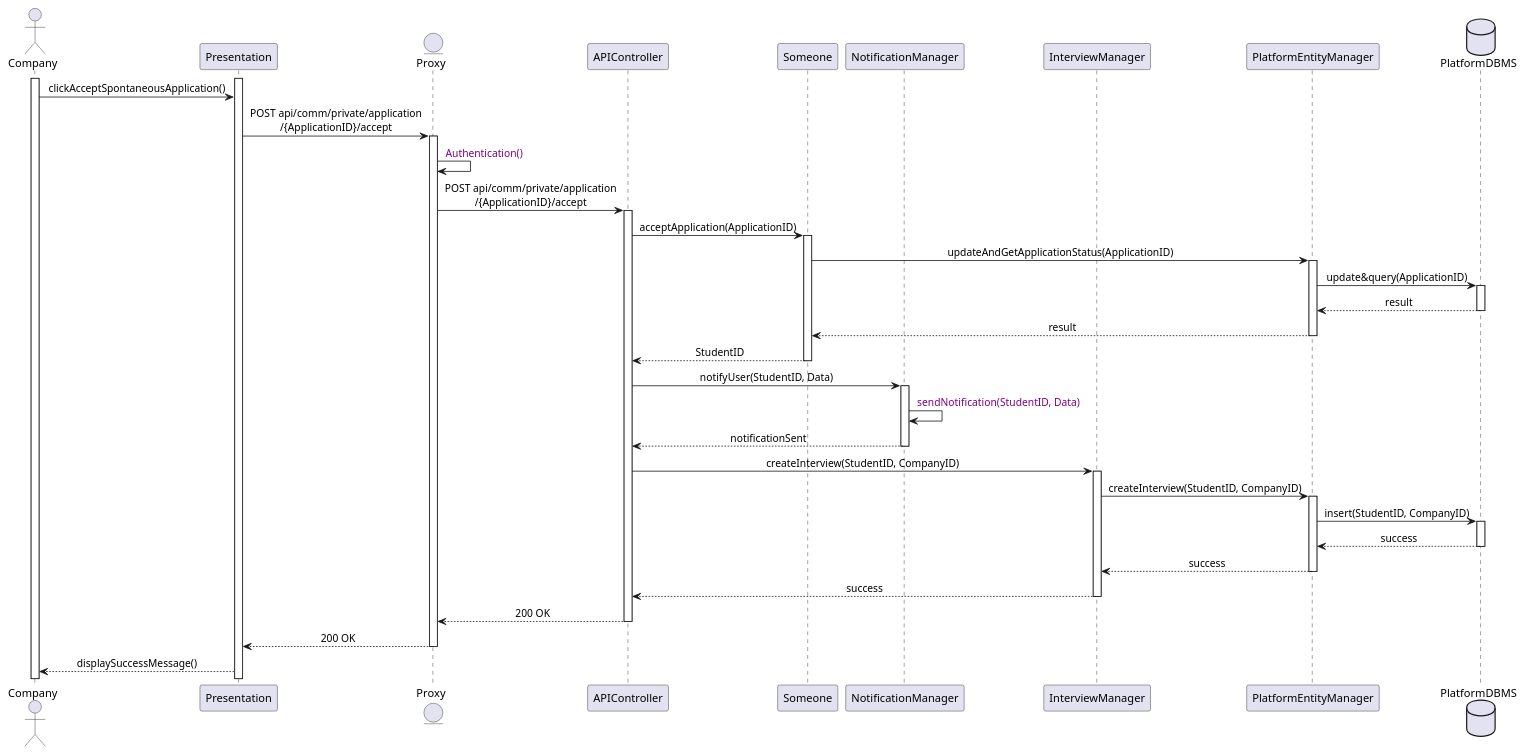
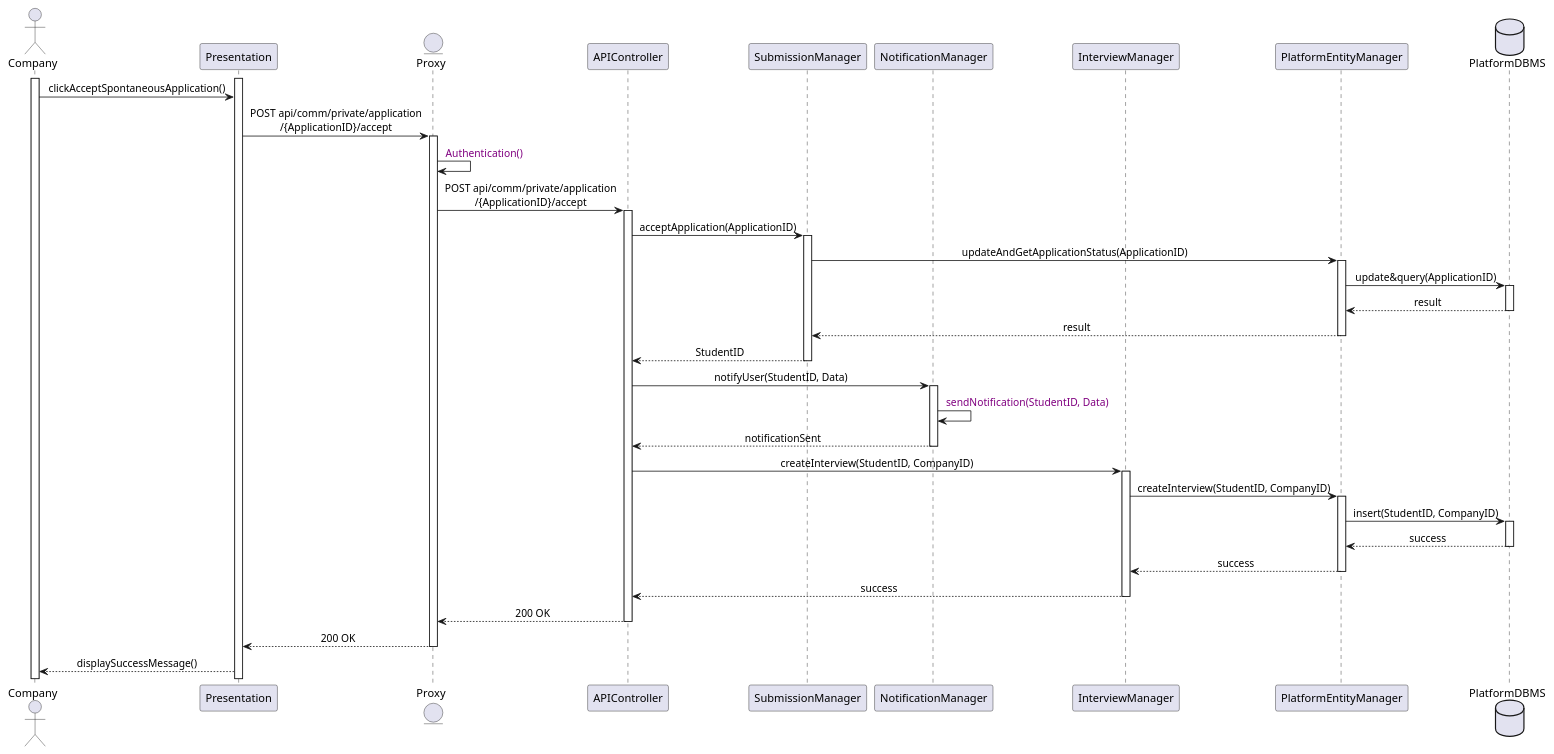
One commit to Slaitroc/RicciPaoliGrisoni changed the diagram in Diagrams/SequenceDiagrams/DD/8CompanyAcceptsSpontaneousApplication.wsd. Above: the diagram before and after it, drawn with PlantUML. The commit also changed 7 other files, not shown here.

Commit message:
Minor DD Sequences Fixes

```diff
--- a/Diagrams/SequenceDiagrams/DD/8CompanyAcceptsSpontaneousApplication.wsd
+++ b/Diagrams/SequenceDiagrams/DD/8CompanyAcceptsSpontaneousApplication.wsd
@@ -1,41 +1,41 @@
 @startuml Company Accepts Spontaneous Application
 skinparam sequenceMessageAlign center
 
 actor       Company
 participant Presentation
 entity      Proxy
 participant APIController
-participant Someone
+participant SubmissionManager
 participant NotificationManager
 participant InterviewManager
 participant PlatformEntityManager
 database    PlatformDBMS
 
 activate Company
 activate Presentation
 Company -> Presentation : clickAcceptSpontaneousApplication()
 Presentation -> Proxy ++ : POST api/comm/private/application\n/{ApplicationID}/accept
 Proxy -> Proxy : <color:purple> Authentication()
 Proxy -> APIController ++ : POST api/comm/private/application\n/{ApplicationID}/accept
-APIController -> Someone ++ : acceptApplication(ApplicationID)
-Someone -> PlatformEntityManager ++ : updateAndGetApplicationStatus(ApplicationID)
+APIController -> SubmissionManager ++ : acceptApplication(ApplicationID)
+SubmissionManager -> PlatformEntityManager ++ : updateAndGetApplicationStatus(ApplicationID)
 PlatformEntityManager -> PlatformDBMS ++ : update&query(ApplicationID)
 PlatformDBMS --> PlatformEntityManager -- : result
-PlatformEntityManager --> Someone -- : result
-Someone --> APIController -- : StudentID
+PlatformEntityManager --> SubmissionManager -- : result
+SubmissionManager --> APIController -- : StudentID
 
 APIController -> NotificationManager ++ : notifyUser(StudentID, Data)
 NotificationManager -> NotificationManager : <color:purple> sendNotification(StudentID, Data)
 NotificationManager --> APIController -- : notificationSent
 APIController -> InterviewManager ++ : createInterview(StudentID, CompanyID)
 InterviewManager -> PlatformEntityManager ++ : createInterview(StudentID, CompanyID)
 PlatformEntityManager -> PlatformDBMS ++ : insert(StudentID, CompanyID)
 PlatformDBMS --> PlatformEntityManager -- : success
 PlatformEntityManager --> InterviewManager -- : success
 InterviewManager --> APIController -- : success
 APIController --> Proxy : 200 OK 
 deactivate APIController
 Proxy --> Presentation : 200 OK 
 deactivate Proxy
 Presentation --> Company : displaySuccessMessage()
 @enduml
```
